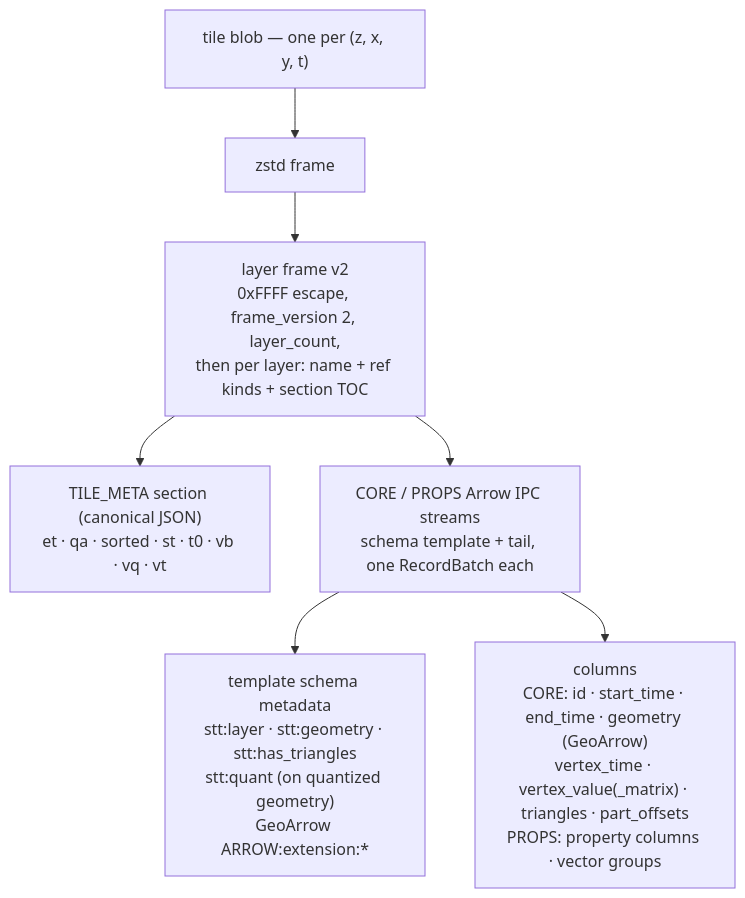
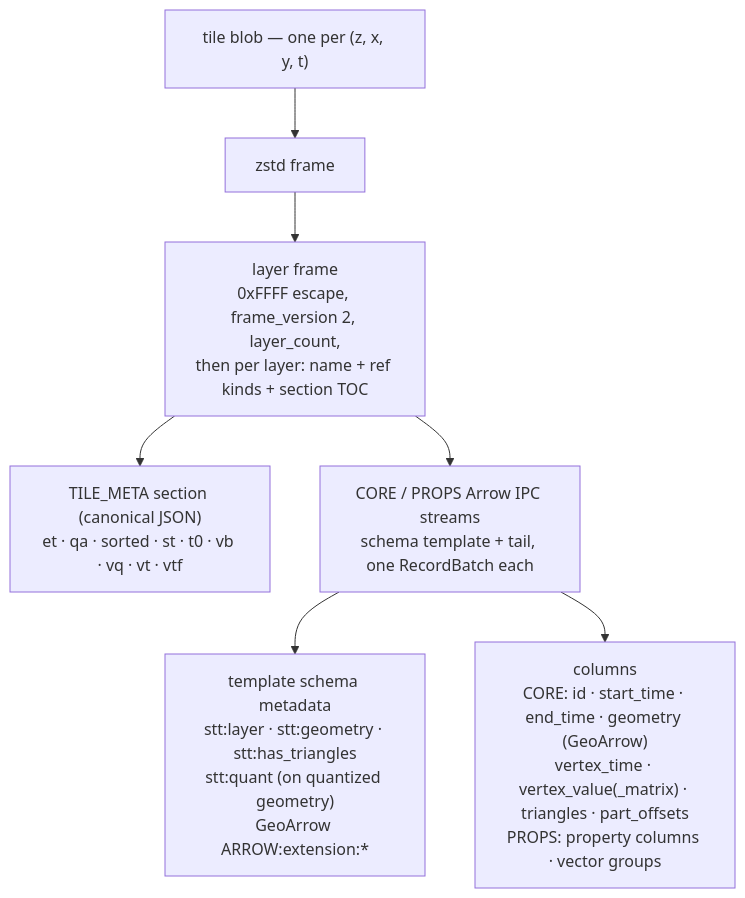
The diagram in docs/architecture/data-format.md (BertCh/poopdeck.gl), drawn with Mermaid before and after one commit. The commit also changed other lines of this file and 95 other files, not shown here.

````diff
--- a/docs/architecture/data-format.md
+++ b/docs/architecture/data-format.md
@@ -201,9 +63,9 @@
 ```mermaid
 flowchart TD
   B["tile blob — one per (z, x, y, t)"] --> Z["zstd frame"]
-  Z --> LF["layer frame v2\n0xFFFF escape, frame_version 2, layer_count,\nthen per layer: name + ref kinds + section TOC"]
-  LF --> TM["TILE_META section (canonical JSON)\net · qa · sorted · st · t0 · vb · vq · vt"]
+  Z --> LF["layer frame\n0xFFFF escape, frame_version 2, layer_count,\nthen per layer: name + ref kinds + section TOC"]
+  LF --> TM["TILE_META section (canonical JSON)\net · qa · sorted · st · t0 · vb · vq · vt · vtf"]
   LF --> IPC["CORE / PROPS Arrow IPC streams\nschema template + tail, one RecordBatch each"]
   IPC --> SM["template schema metadata\nstt:layer · stt:geometry · stt:has_triangles\nstt:quant (on quantized geometry)\nGeoArrow ARROW:extension:*"]
   IPC --> COL["columns\nCORE: id · start_time · end_time · geometry (GeoArrow)\nvertex_time · vertex_value(_matrix) · triangles · part_offsets\nPROPS: property columns · vector groups"]
 ```
````
